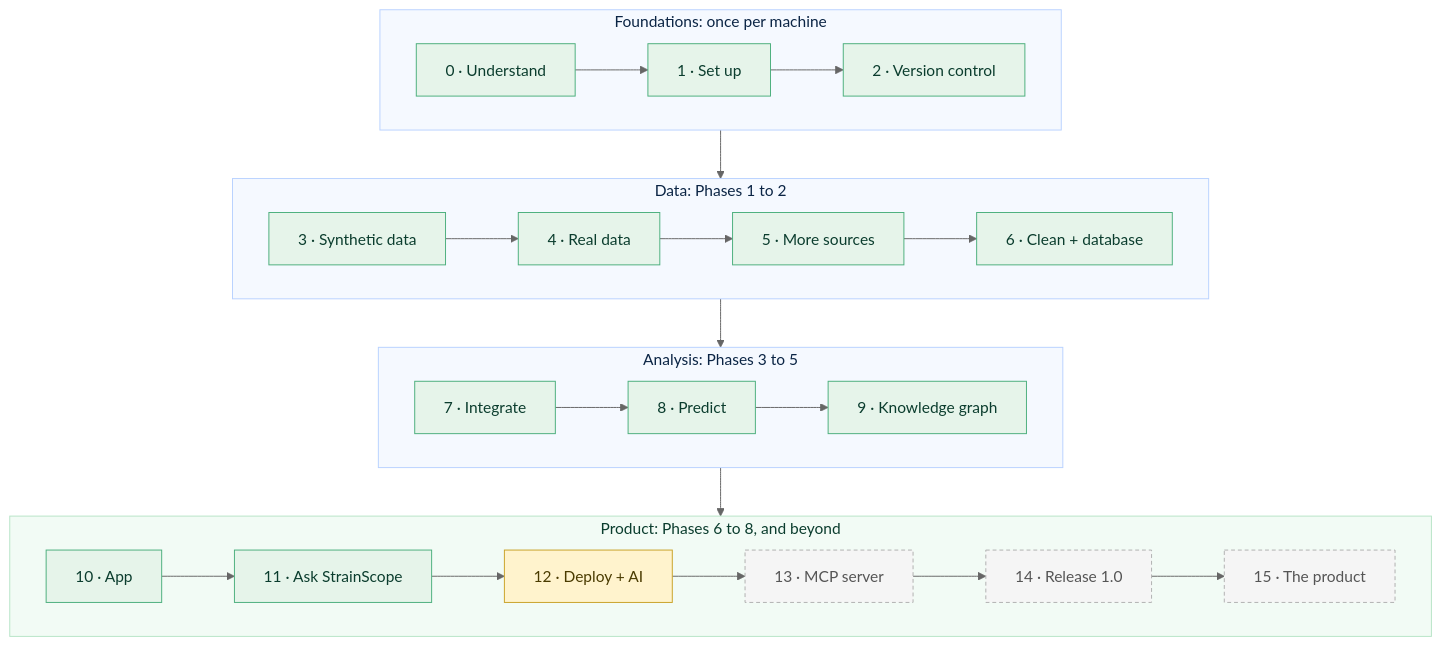
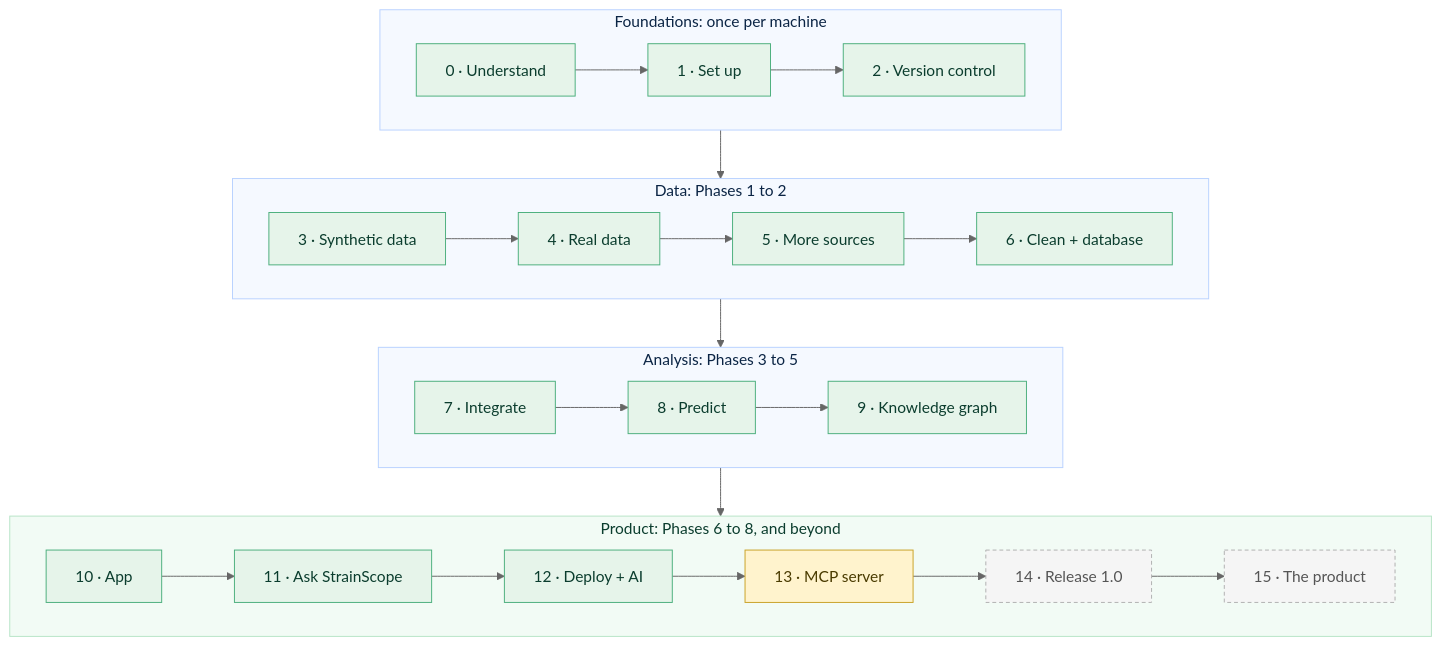
Before and after one commit to akannan2987/strainscope: the first of 3 diagrams in docs/HANDBOOK.md, drawn with Mermaid (neutral theme). The commit also changed other lines of this file and 84 other files, not shown here.

Commit message:
feat: add the online copy, plain-language explanations, Ask the data and Ask the graph

````diff
--- a/docs/HANDBOOK.md
+++ b/docs/HANDBOOK.md
@@ -42,31 +44,31 @@
 ```mermaid
 flowchart TB
     subgraph FOUND["Foundations: once per machine"]
         direction LR
         S0["0 · Understand"] --> S1["1 · Set up"] --> S2["2 · Version control"]
     end
     subgraph DATA["Data: Phases 1 to 2"]
         direction LR
         S3["3 · Synthetic data"] --> S4["4 · Real data"] --> S5["5 · More sources"] --> S6["6 · Clean + database"]
     end
     subgraph ANALYSIS["Analysis: Phases 3 to 5"]
         direction LR
         S7["7 · Integrate"] --> S8["8 · Predict"] --> S9["9 · Knowledge graph"]
     end
     subgraph PRODUCT["Product: Phases 6 to 8, and beyond"]
         direction LR
         S10["10 · App"] --> S11["11 · Ask StrainScope"] --> S12["12 · Deploy + AI"] --> S13["13 · MCP server"] --> S14["14 · Release 1.0"] --> S15["15 · The product"]
     end
     FOUND --> DATA --> ANALYSIS --> PRODUCT
 
     classDef done fill:#E6F4EA,stroke:#4CAF7D,color:#0B3D2E;
     classDef next fill:#FFF3CD,stroke:#C9A227,color:#4A3B00;
     classDef later fill:#F5F5F5,stroke:#B0B0B0,color:#555555,stroke-dasharray:4 3;
-    class S0,S1,S2,S3,S4,S5,S6,S7,S8,S9,S10,S11 done
-    class S12 next
-    class S13,S14,S15 later
+    class S0,S1,S2,S3,S4,S5,S6,S7,S8,S9,S10,S11,S12 done
+    class S13 next
+    class S14,S15 later
     style FOUND fill:#F5F9FF,stroke:#B9D2FF,color:#0B2545
     style DATA fill:#F5F9FF,stroke:#B9D2FF,color:#0B2545
     style ANALYSIS fill:#F5F9FF,stroke:#B9D2FF,color:#0B2545
     style PRODUCT fill:#F2FBF5,stroke:#B7E4C7,color:#0B3D2E
 ```
````
